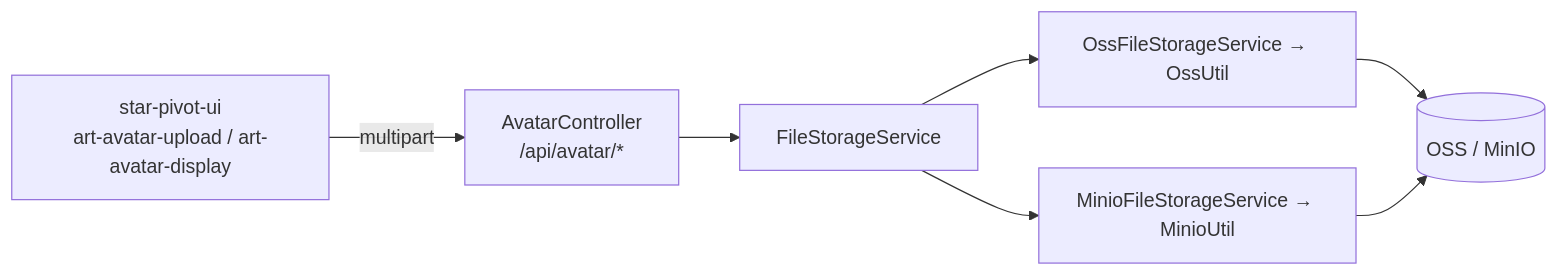
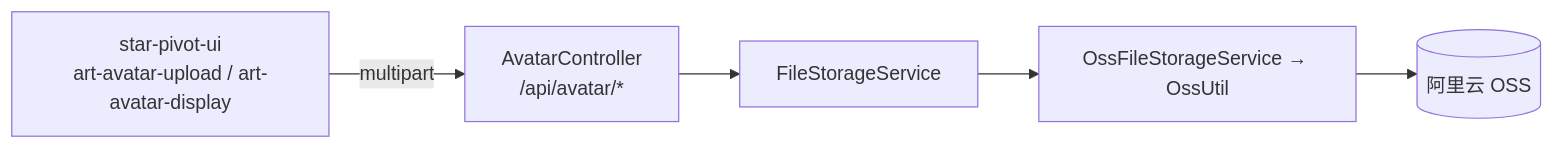
The first of 2 diagrams in doc/用户头像功能前后端逻辑文档.md (xinxin-star1998/star-pivot), drawn with Mermaid before and after one commit. The commit also changed other lines of this file and 20 other files, not shown here.

Commit message:
refactor(file): unify storage on OSS and remove MinIO

````diff
--- a/doc/用户头像功能前后端逻辑文档.md
+++ b/doc/用户头像功能前后端逻辑文档.md
@@ -11,16 +11,13 @@
 ```mermaid
 flowchart LR
     UI["star-pivot-ui<br/>art-avatar-upload / art-avatar-display"]
     API["AvatarController<br/>/api/avatar/*"]
     SVC["FileStorageService"]
     OSS["OssFileStorageService → OssUtil"]
-    MIN["MinioFileStorageService → MinioUtil"]
-    Store[(OSS / MinIO)]
+    Store[(阿里云 OSS)]
 
     UI -->|multipart| API
     API --> SVC
     SVC --> OSS
-    SVC --> MIN
     OSS --> Store
-    MIN --> Store
 ```
````
